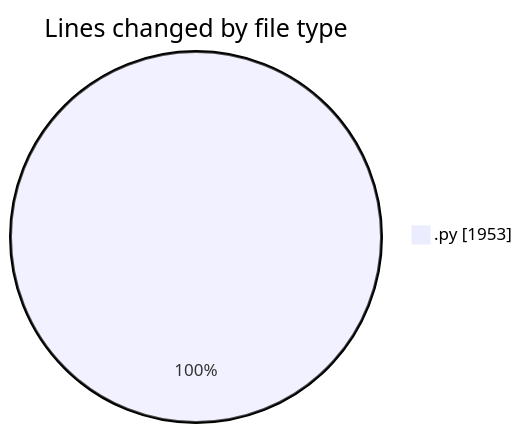
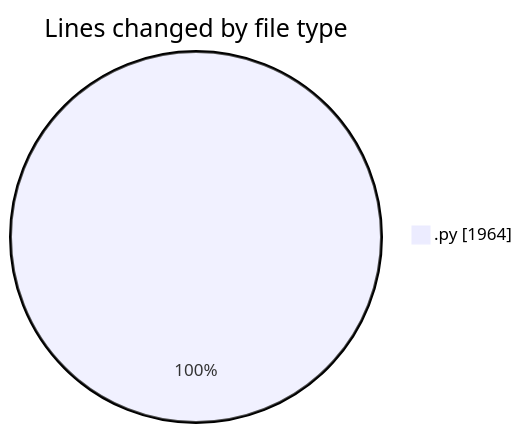
One commit to julien-gomy/code-tracking changed the first of 2 diagrams in 2025-10-23/eventscop-api-guide__workspace_/README.md. Above: the diagram before and after it, drawn with Mermaid. The commit also changed other lines of this file and 1 other file, not shown here.

````diff
--- a/2025-10-23/eventscop-api-guide__workspace_/README.md
+++ b/2025-10-23/eventscop-api-guide__workspace_/README.md
@@ -22,5 +22,5 @@
 ```mermaid
 pie showData
 title Lines changed by file type
-".py" : 1953
+".py" : 1964
 ```
````
